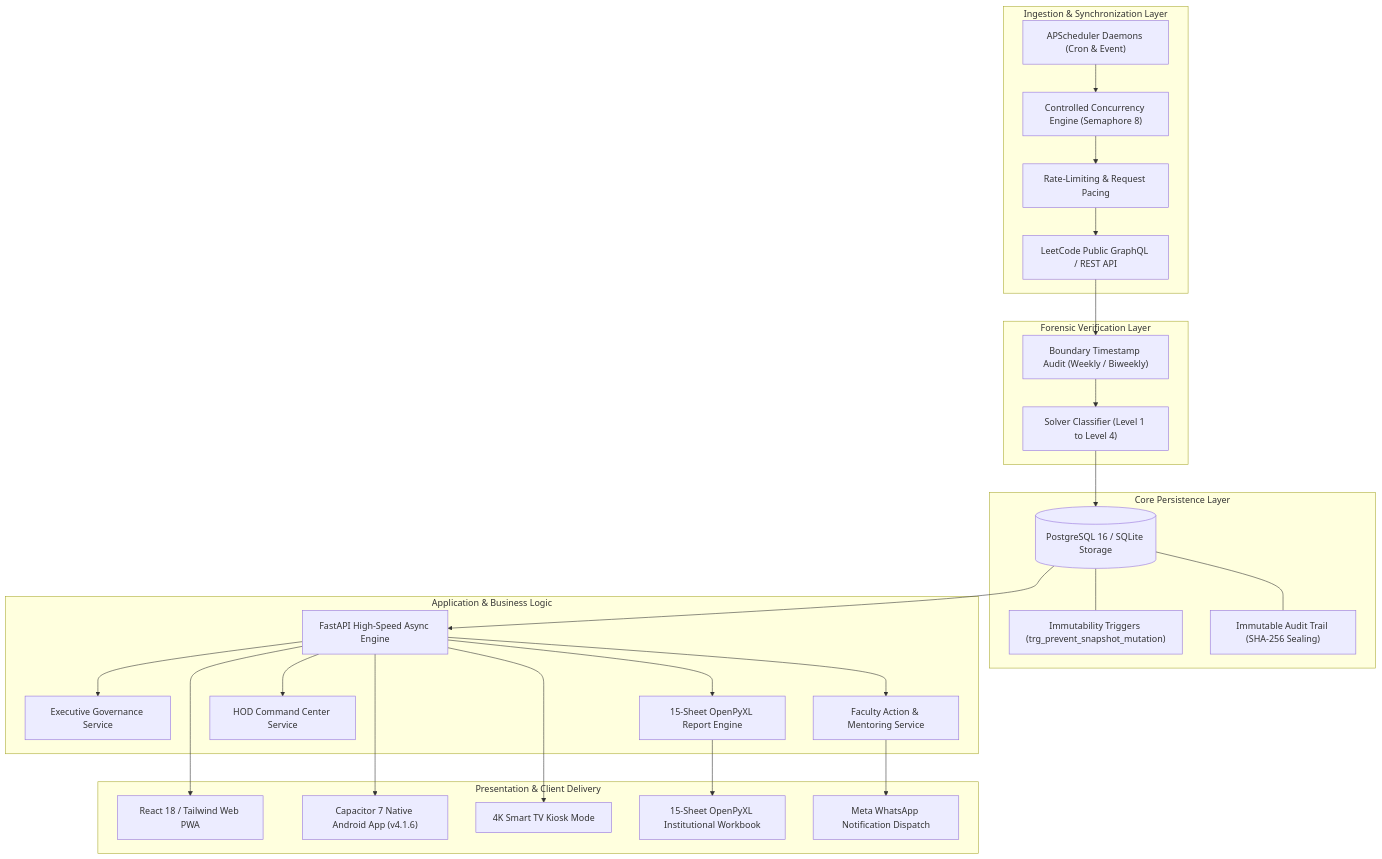
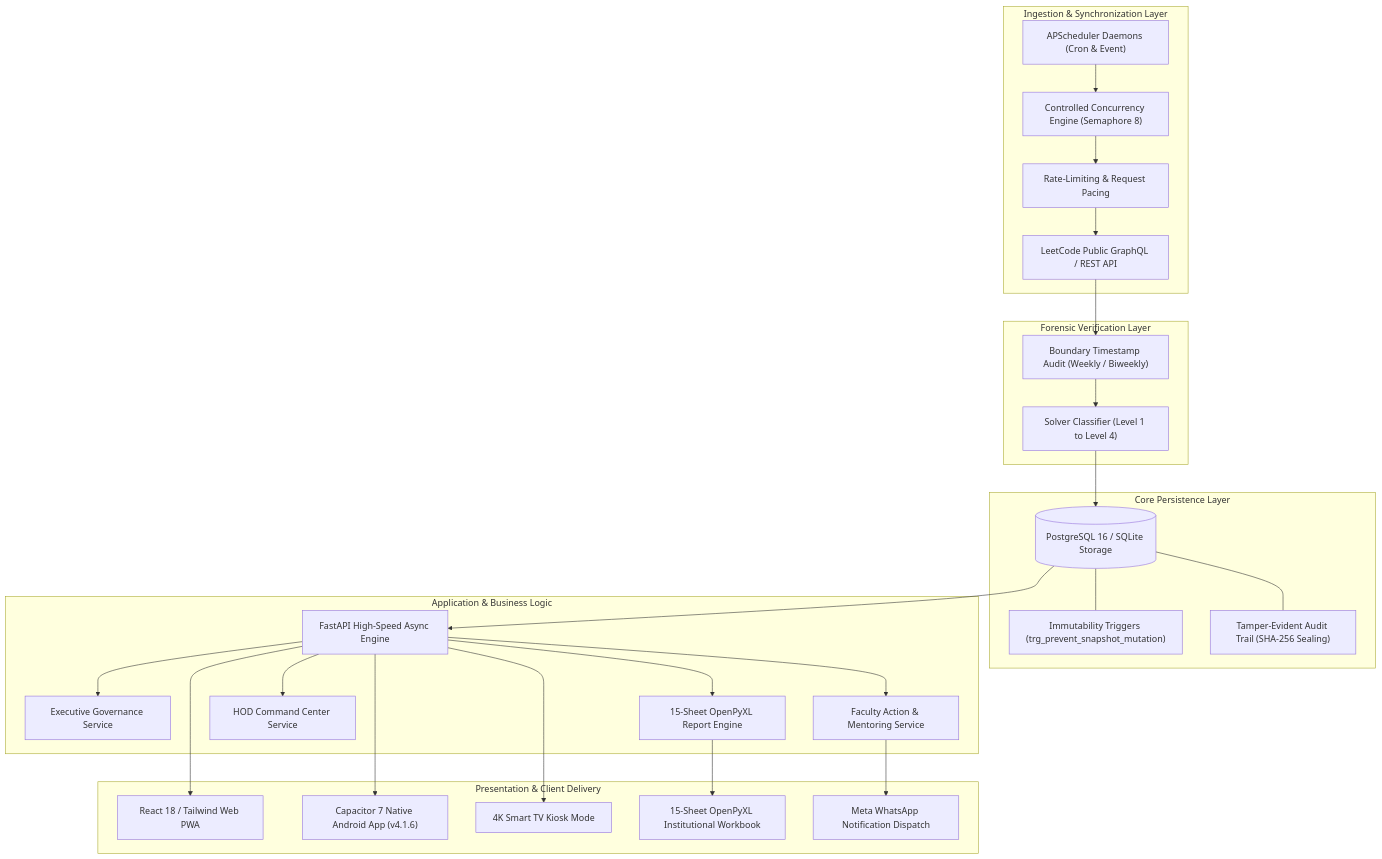
Before and after one commit to nanthishvaran17/Leetcodeurl-s: the diagram in README.md, drawn with Mermaid. The commit also changed other lines of this file and 11 other files, not shown here.

````diff
--- a/README.md
+++ b/README.md
@@ -177,54 +184,54 @@
 ```mermaid
 flowchart TD
     subgraph Ingestion ["Ingestion & Synchronization Layer"]
         LC["LeetCode Public GraphQL / REST API"]
         DYN["Controlled Concurrency Engine (Semaphore 8)"]
         RATE["Rate-Limiting & Request Pacing"]
         SCHED["APScheduler Daemons (Cron & Event)"]
         SCHED --> DYN
         DYN --> RATE
         RATE --> LC
     end
 
     subgraph Verification ["Forensic Verification Layer"]
         TIME["Boundary Timestamp Audit (Weekly / Biweekly)"]
         CLASS["Solver Classifier (Level 1 to Level 4)"]
         LC --> TIME
         TIME --> CLASS
     end
 
     subgraph Storage ["Core Persistence Layer"]
         DB[("PostgreSQL 16 / SQLite Storage")]
         TRIG["Immutability Triggers (trg_prevent_snapshot_mutation)"]
-        AUDIT["Immutable Audit Trail (SHA-256 Sealing)"]
+        AUDIT["Tamper-Evident Audit Trail (SHA-256 Sealing)"]
         CLASS --> DB
         DB --- TRIG
         DB --- AUDIT
     end
 
     subgraph Services ["Application & Business Logic"]
         API["FastAPI High-Speed Async Engine"]
         MGT["Executive Governance Service"]
         FAC["Faculty Action & Mentoring Service"]
         HOD["HOD Command Center Service"]
         REP["15-Sheet OpenPyXL Report Engine"]
         DB --> API
         API --> MGT
         API --> FAC
         API --> HOD
         API --> REP
     end
 
     subgraph Presentation ["Presentation & Client Delivery"]
         WEB["React 18 / Tailwind Web PWA"]
         APK["Capacitor 7 Native Android App (v4.1.6)"]
         KIOSK["4K Smart TV Kiosk Mode"]
         EXCEL["15-Sheet OpenPyXL Institutional Workbook"]
         WA["Meta WhatsApp Notification Dispatch"]
         API --> WEB
         API --> APK
         API --> KIOSK
         REP --> EXCEL
         FAC --> WA
     end
 ```
````
